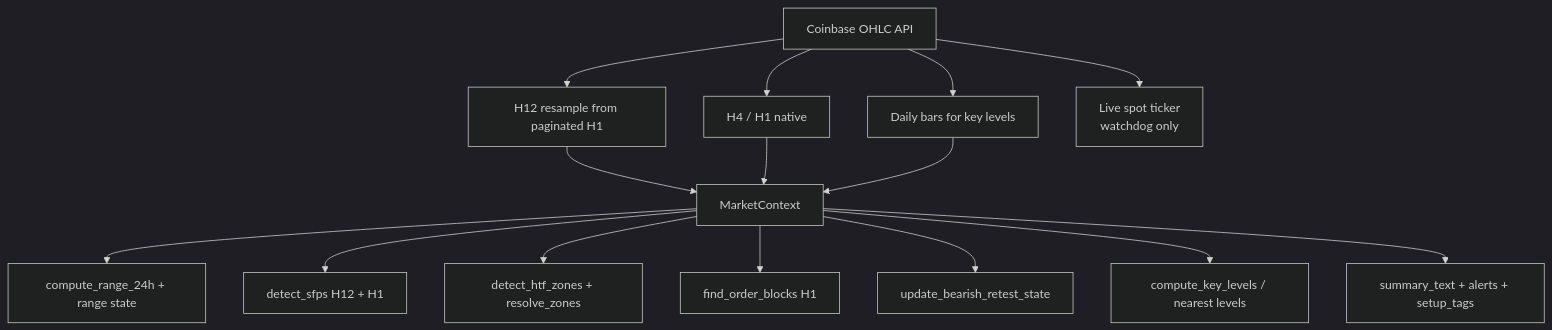
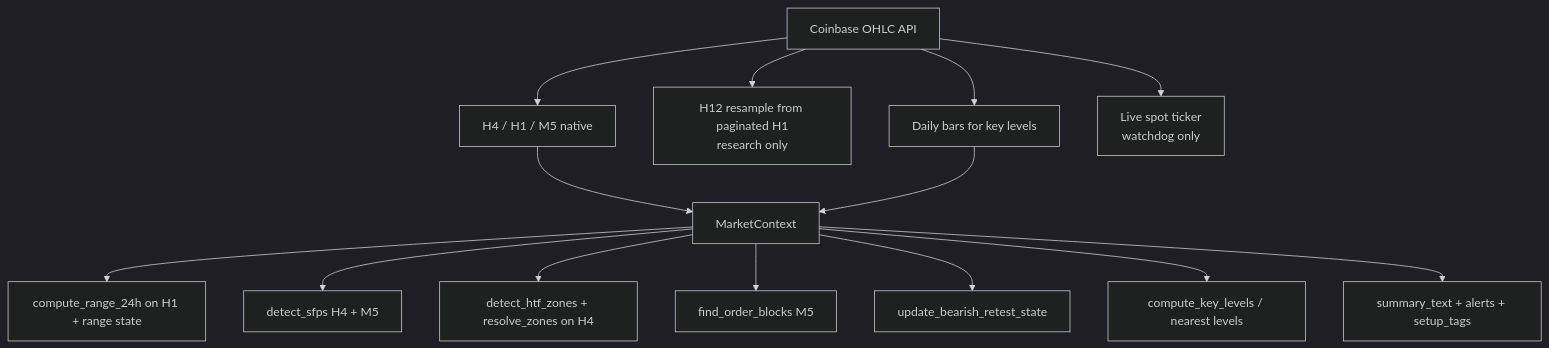
One commit to abagui11/eth-trading-bot changed the second of 6 diagrams in deploy/PROJECT_STATE.md. Above: the diagram before and after it, drawn with Mermaid (dark theme). The commit also changed other lines of this file and 40 other files, not shown here.

````diff
--- a/deploy/PROJECT_STATE.md
+++ b/deploy/PROJECT_STATE.md
@@ -73,19 +75,18 @@
 ```mermaid
 flowchart TD
-    API[Coinbase OHLC API] --> R1[H12 resample from paginated H1]
-    API --> R2[H4 / H1 native]
+    API[Coinbase OHLC API] --> R1[H4 / H1 / M5 native]
+    API --> R2[H12 resample from paginated H1<br/>research only]
     API --> R3[Daily bars for key levels]
     API --> R4[Live spot ticker<br/>watchdog only]
 
     R1 --> MC[MarketContext]
-    R2 --> MC
     R3 --> MC
 
-    MC --> MC1[compute_range_24h + range state]
-    MC --> MC2[detect_sfps H12 + H1]
-    MC --> MC3[detect_htf_zones + resolve_zones]
-    MC --> MC4[find_order_blocks H1]
+    MC --> MC1[compute_range_24h on H1 + range state]
+    MC --> MC2[detect_sfps H4 + M5]
+    MC --> MC3[detect_htf_zones + resolve_zones on H4]
+    MC --> MC4[find_order_blocks M5]
     MC --> MC5[update_bearish_retest_state]
     MC --> MC6[compute_key_levels / nearest levels]
     MC --> MC7[summary_text + alerts + setup_tags]
 ```
````
